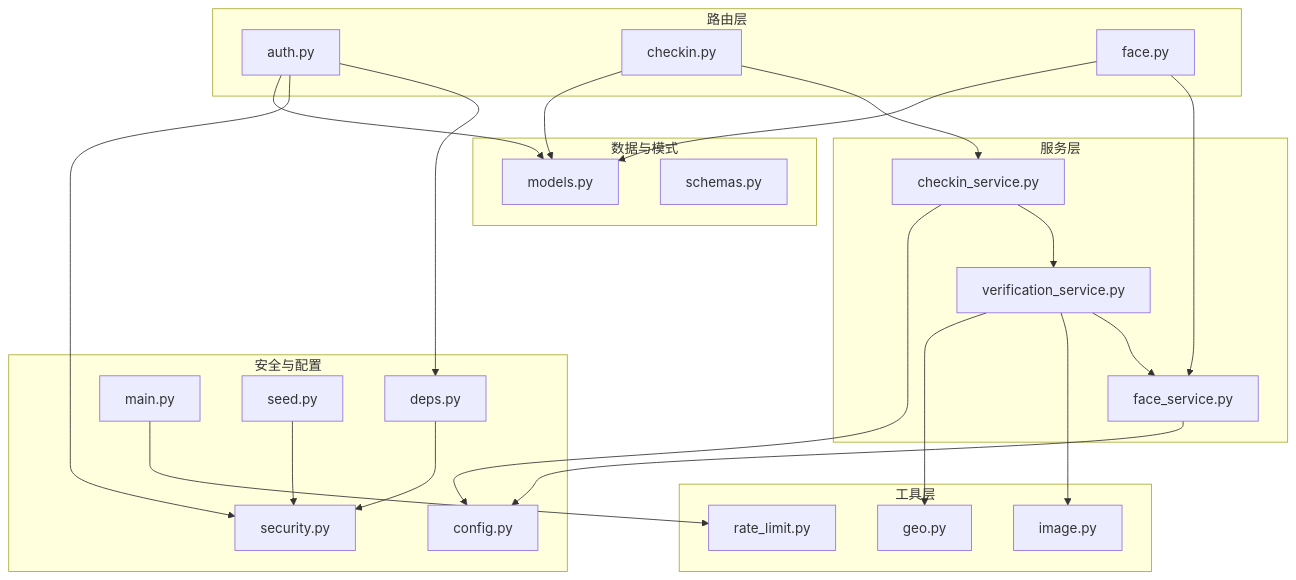
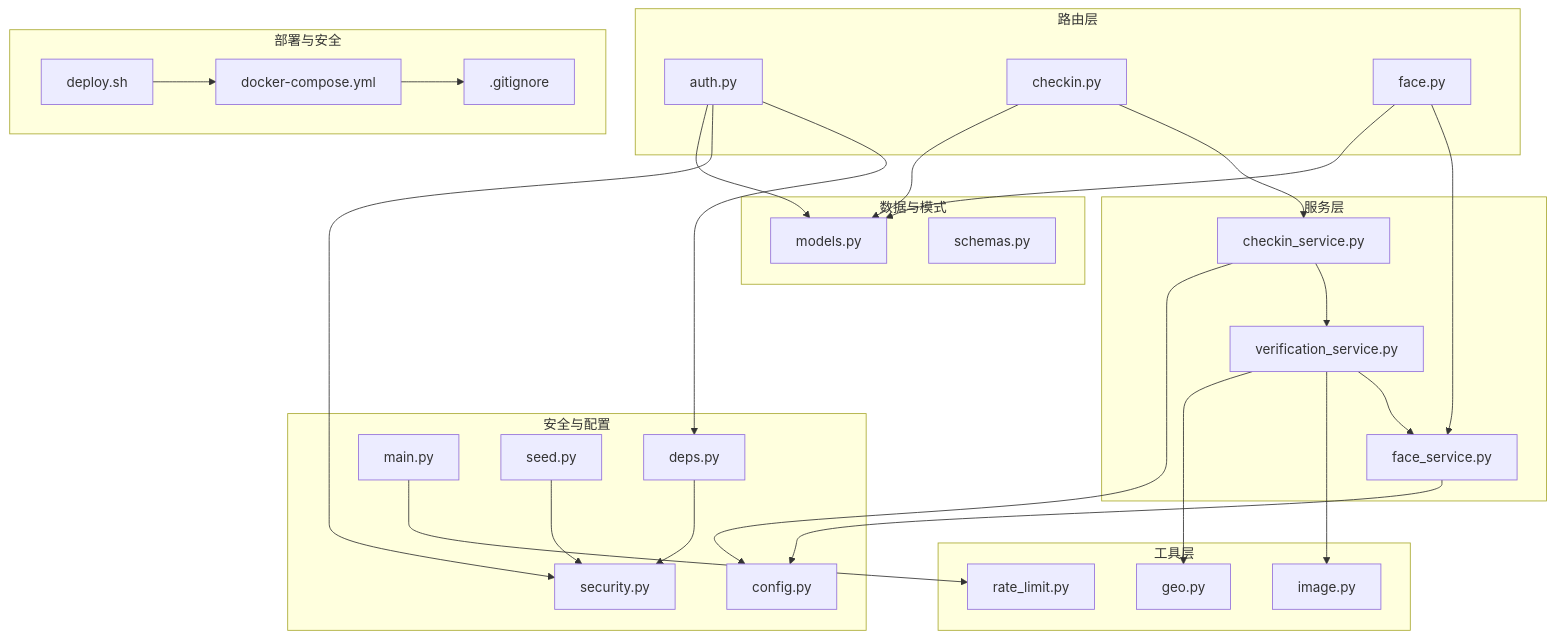
One commit to onebody/homework changed the first of 12 diagrams in .qoder/repowiki/zh/content/安全与认证机制/安全与认证机制.md. Above: the diagram before and after it, drawn with Mermaid. The commit also changed other lines of this file and 6 other files, not shown here.

````diff
--- a/.qoder/repowiki/zh/content/安全与认证机制/安全与认证机制.md
+++ b/.qoder/repowiki/zh/content/安全与认证机制/安全与认证机制.md
@@ -57,45 +60,52 @@
 ```mermaid
 graph TB
 subgraph "路由层"
 RAuth["auth.py"]
 RCheckin["checkin.py"]
 RFace["face.py"]
 end
 subgraph "服务层"
 SCheckin["checkin_service.py"]
 SVerify["verification_service.py"]
 SFace["face_service.py"]
 end
 subgraph "工具层"
 UImage["image.py"]
 UGeo["geo.py"]
 URateLimit["rate_limit.py"]
 end
 subgraph "安全与配置"
 Sec["security.py"]
 Cfg["config.py"]
 Deps["deps.py"]
 Main["main.py"]
 Seed["seed.py"]
 end
 subgraph "数据与模式"
 Models["models.py"]
 Schemas["schemas.py"]
 end
+subgraph "部署与安全"
+GitIgnore[".gitignore"]
+Deploy["deploy.sh"]
+DockerCompose["docker-compose.yml"]
+end
 RAuth --> Deps
 RCheckin --> SCheckin
 RFace --> SFace
 SCheckin --> SVerify
 SVerify --> SFace
 SVerify --> UImage
 SVerify --> UGeo
 RAuth --> Sec
 Deps --> Sec
 SFace --> Cfg
 SCheckin --> Cfg
 RAuth --> Models
 RCheckin --> Models
 RFace --> Models
 Main --> URateLimit
 Seed --> Sec
+Deploy --> DockerCompose
+DockerCompose --> GitIgnore
 ```
````
